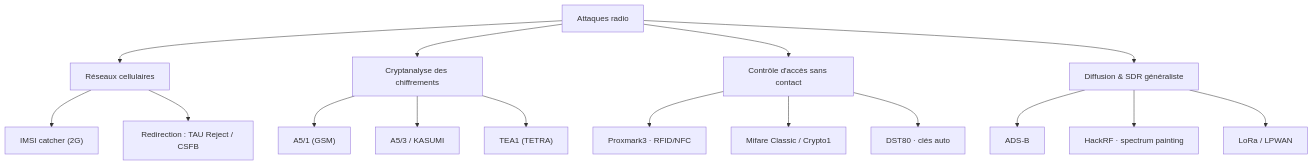
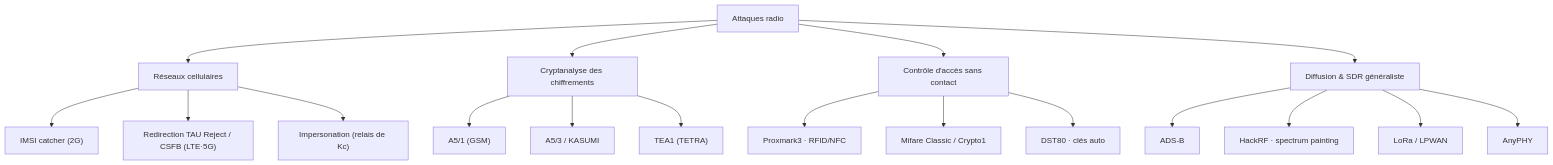
One commit to bbaranoff/bbaranoff.github.io changed the diagram in projects/0-abstract_radio.md. Above: the diagram before and after it, drawn with Mermaid. The commit also changed other lines of this file and 7 other files, not shown here.

````diff
--- a/projects/0-abstract_radio.md
+++ b/projects/0-abstract_radio.md
@@ -17,18 +16,20 @@
 ```mermaid
 flowchart TD
     R["Attaques radio"] --> C["Réseaux cellulaires"]
     R --> K["Cryptanalyse des chiffrements"]
     R --> A["Contrôle d'accès sans contact"]
     R --> S["Diffusion & SDR généraliste"]
     C --> C1["IMSI catcher (2G)"]
-    C --> C2["Redirection : TAU Reject / CSFB"]
+    C --> C2["Redirection TAU Reject / CSFB (LTE·5G)"]
+    C --> C3["Impersonation (relais de Kc)"]
     K --> K1["A5/1 (GSM)"]
     K --> K2["A5/3 / KASUMI"]
     K --> K3["TEA1 (TETRA)"]
     A --> A1["Proxmark3 · RFID/NFC"]
     A --> A2["Mifare Classic / Crypto1"]
     A --> A3["DST80 · clés auto"]
     S --> S1["ADS-B"]
     S --> S2["HackRF · spectrum painting"]
     S --> S3["LoRa / LPWAN"]
+    S --> S4["AnyPHY"]
 ```
````
